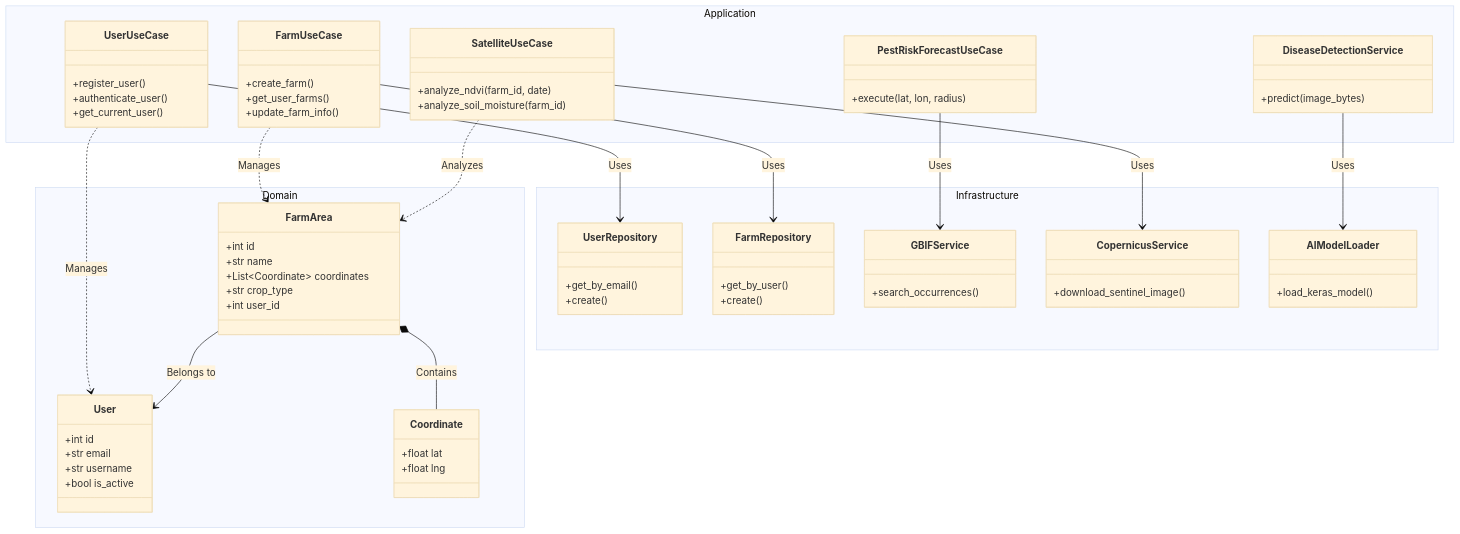
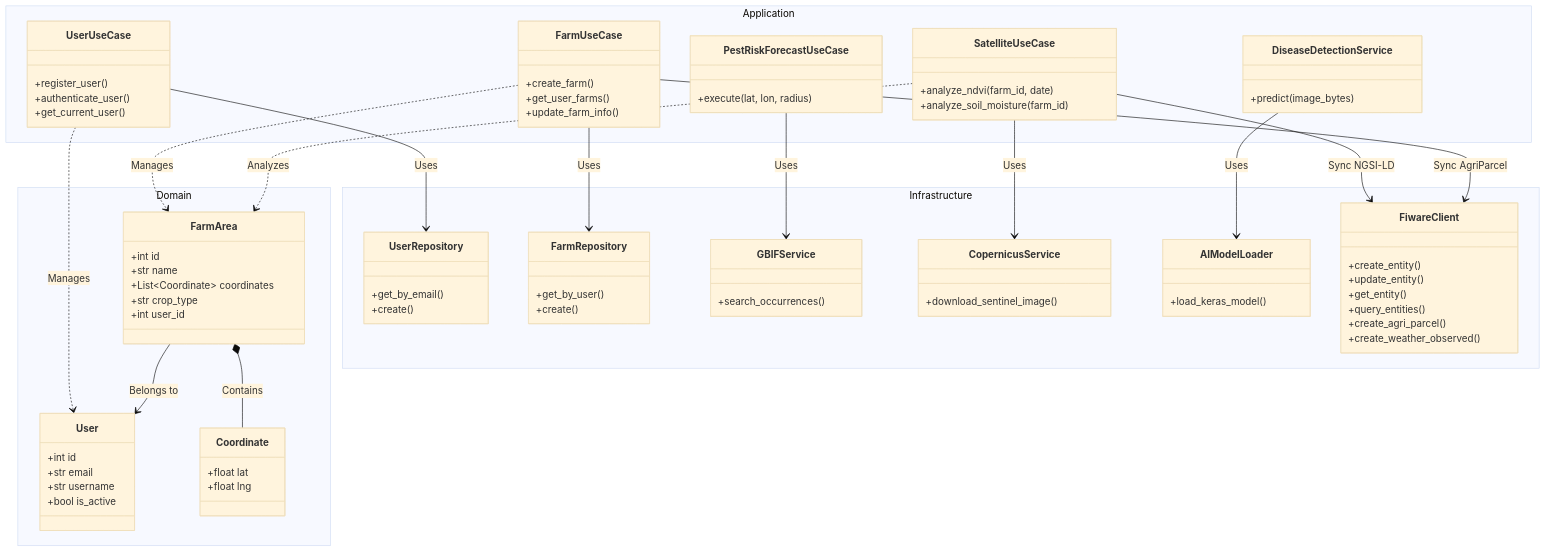
The fourth of 4 diagrams in README.md (nguyentrananhhoang13122005/ICTU-OpenAgri-2), drawn with Mermaid (base theme) before and after one commit. The commit also changed other lines of this file, not shown here.

Commit message:
docs: update README with FIWARE integration and NGSI-LD

````diff
--- a/README.md
+++ b/README.md
@@ -452,6 +497,14 @@
         class AIModelLoader {
             +load_keras_model()
         }
+        class FiwareClient {
+            +create_entity()
+            +update_entity()
+            +get_entity()
+            +query_entities()
+            +create_agri_parcel()
+            +create_weather_observed()
+        }
     }
 
     %% --- Relationships ---
@@ -470,4 +523,6 @@
     DiseaseDetectionService --> AIModelLoader : Uses
     SatelliteUseCase --> CopernicusService : Uses
     SatelliteUseCase ..> FarmArea : Analyzes
+    SatelliteUseCase --> FiwareClient : Sync NGSI-LD
+    FarmUseCase --> FiwareClient : Sync AgriParcel
 ```
````
